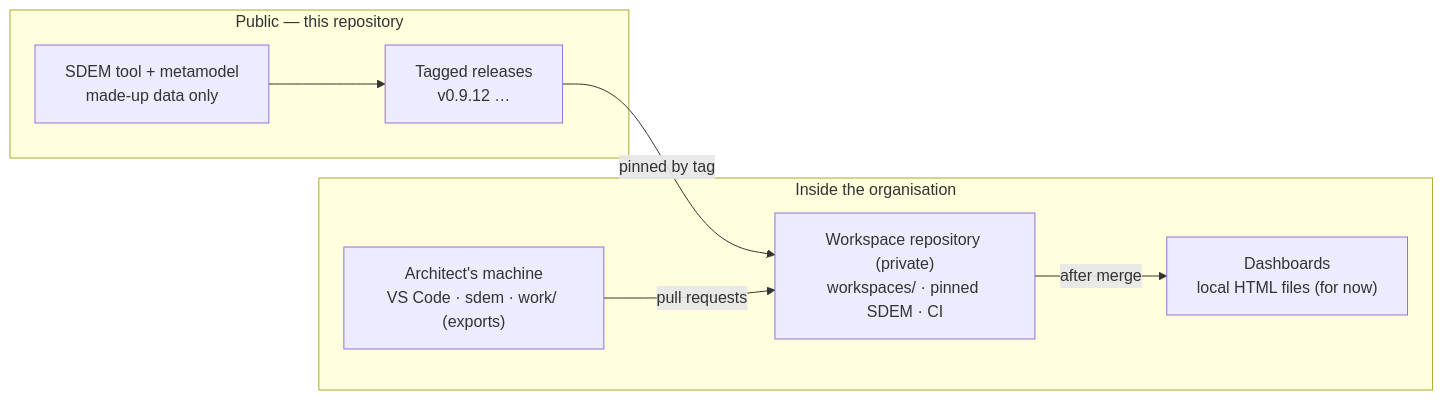
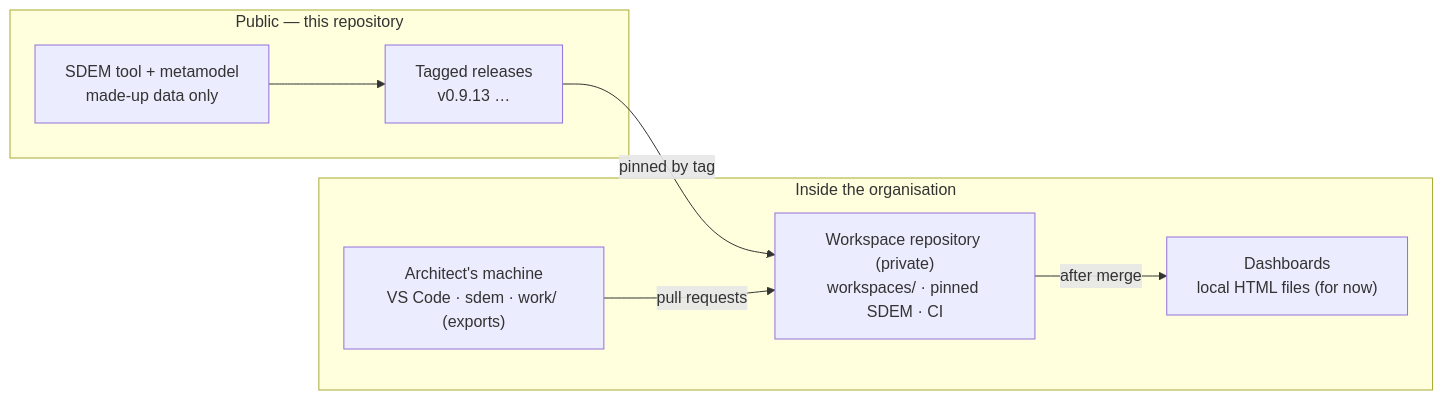
Before and after one commit to taumoeps/bian-sdem-framework: the diagram in docs/sdem-operating-model.md, drawn with Mermaid. The commit also changed other lines of this file and 26 other files, not shown here.

````diff
--- a/docs/sdem-operating-model.md
+++ b/docs/sdem-operating-model.md
@@ -7,14 +7,14 @@
 ```mermaid
 flowchart LR
     subgraph PUB["Public — this repository"]
-      T["SDEM tool + metamodel<br/>made-up data only"] --> REL["Tagged releases<br/>v0.9.12 …"]
+      T["SDEM tool + metamodel<br/>made-up data only"] --> REL["Tagged releases<br/>v0.9.13 …"]
     end
     subgraph ORG["Inside the organisation"]
       ER["Workspace repository (private)<br/>workspaces/ · pinned SDEM · CI"]
       WS["Architect's machine<br/>VS Code · sdem · work/ (exports)"]
       H["Dashboards<br/>local HTML files (for now)"]
     end
     REL -- "pinned by tag" --> ER
     WS -- "pull requests" --> ER
     ER -- "after merge" --> H
 ```
````
